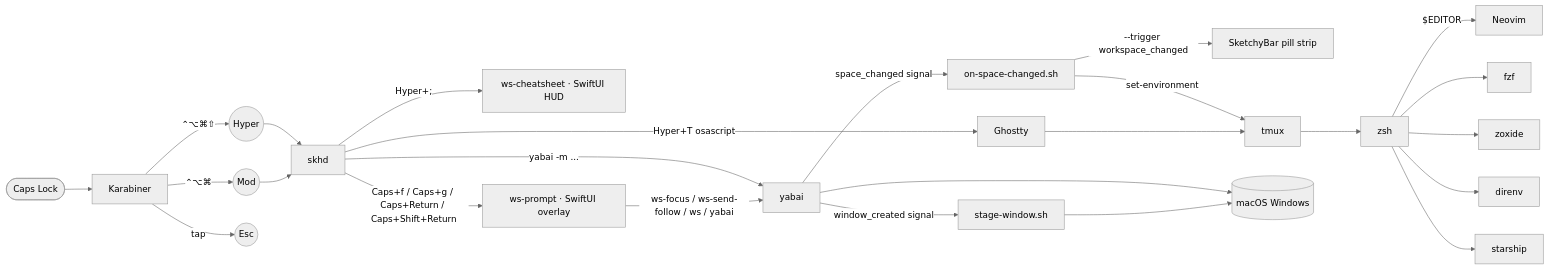
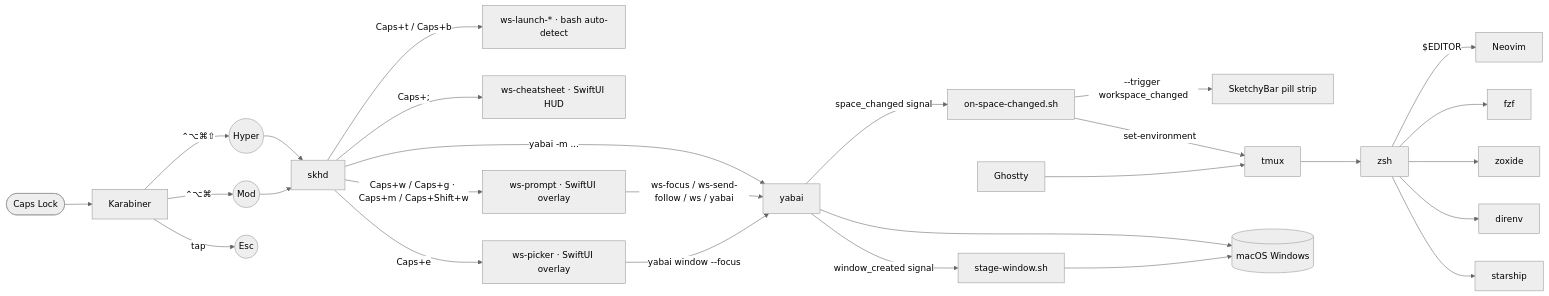
Before and after one commit to adames/dotfiles: the first of 2 diagrams in docs/architecture.md, drawn with Mermaid (neutral theme). The commit also changed other lines of this file and 25 other files, not shown here.

````diff
--- a/docs/architecture.md
+++ b/docs/architecture.md
@@ -7,27 +10,29 @@
 ```mermaid
 graph LR
   CapsLock([Caps Lock]) --> Karabiner
   Karabiner -->|"⌃⌥⌘⇧"| Hyper((Hyper))
   Karabiner -->|"⌃⌥⌘"| Mod((Mod))
   Karabiner -->|tap| Esc((Esc))
 
   Hyper --> skhd
   Mod --> skhd
   skhd -->|"yabai -m ..."| yabai
-  skhd -->|Hyper+T osascript| Ghostty
-  skhd -->|Hyper+;| WSCheatsheet[ws-cheatsheet · SwiftUI HUD]
-  skhd -->|Caps+f / Caps+g / Caps+Return / Caps+Shift+Return| WSPrompt[ws-prompt · SwiftUI overlay]
+  skhd -->|Caps+t / Caps+b| Launchers[ws-launch-* · bash auto-detect]
+  skhd -->|Caps+;| WSCheatsheet[ws-cheatsheet · SwiftUI HUD]
+  skhd -->|Caps+w / Caps+g · Caps+m / Caps+Shift+w| WSPrompt[ws-prompt · SwiftUI overlay]
+  skhd -->|Caps+e| WSPicker[ws-picker · SwiftUI overlay]
   WSPrompt -->|ws-focus / ws-send-follow / ws / yabai| yabai
+  WSPicker -->|yabai window --focus| yabai
   yabai -->|window_created signal| WSStage[stage-window.sh]
   yabai -->|space_changed signal| WorkspaceHandler[on-space-changed.sh]
   WorkspaceHandler -->|--trigger workspace_changed| SketchyBar[SketchyBar pill strip]
   WorkspaceHandler -->|set-environment| tmux
 
   yabai --> Windows[(macOS Windows)]
   WSStage --> Windows
 
   Ghostty --> tmux
   tmux --> zsh
   zsh -->|"$EDITOR"| Neovim
   zsh --> fzf & zoxide & direnv & starship
 ```
````
